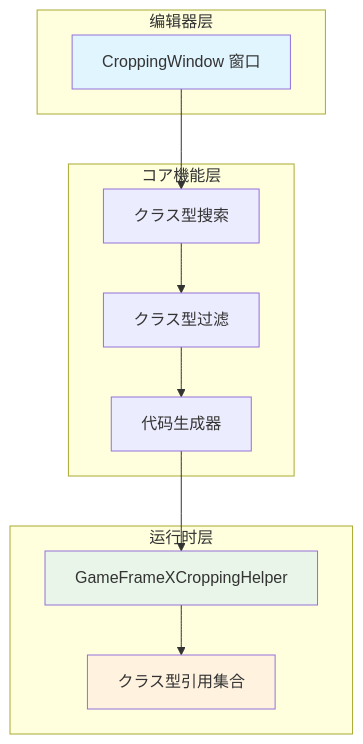
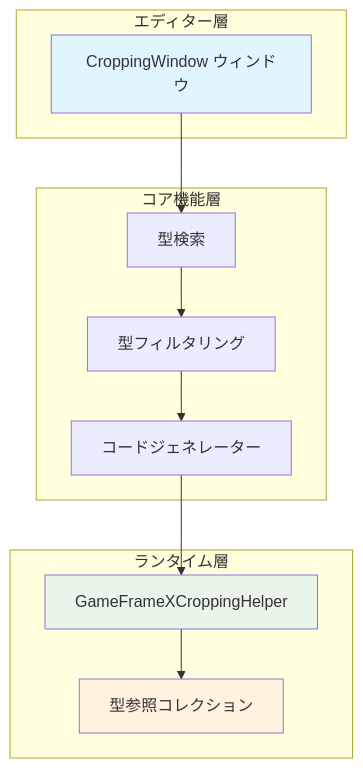
The first of 2 diagrams in docs/ja/client/unity/component/core/15.cropping-tool.md (AlianBlank/GameFrameX.Docs), drawn with Mermaid before and after one commit. The commit also changed other lines of this file and 320 other files, not shown here.

````diff
--- a/docs/ja/client/unity/component/core/15.cropping-tool.md
+++ b/docs/ja/client/unity/component/core/15.cropping-tool.md
@@ -16,27 +16,27 @@
 ```mermaid
 flowchart TD
-    subgraph Editor["编辑器层"]
-        Window[CroppingWindow 窗口]
+    subgraph Editor["エディター層"]
+        Window[CroppingWindow ウィンドウ]
     end
 
-    subgraph Core["コア機能层"]
-        Search[クラス型搜索]
-        Filter[クラス型过滤]
-        Generator[代码生成器]
+    subgraph Core["コア機能層"]
+        Search[型検索]
+        Filter[型フィルタリング]
+        Generator[コードジェネレーター]
     end
 
-    subgraph Runtime["运行时层"]
+    subgraph Runtime["ランタイム層"]
         Helper[GameFrameXCroppingHelper]
-        Types[クラス型引用集合]
+        Types[型参照コレクション]
     end
 
     Window --> Search
     Search --> Filter
     Filter --> Generator
     Generator --> Helper
     Helper --> Types
 
     style Window fill:#e1f5fe
     style Helper fill:#e8f5e8
     style Types fill:#fff3e0
 ```
````
